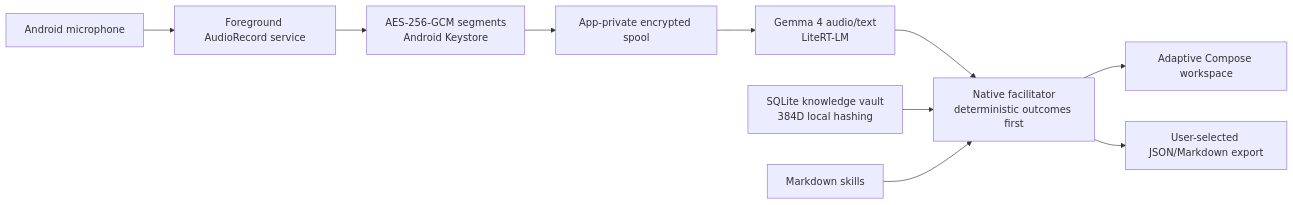
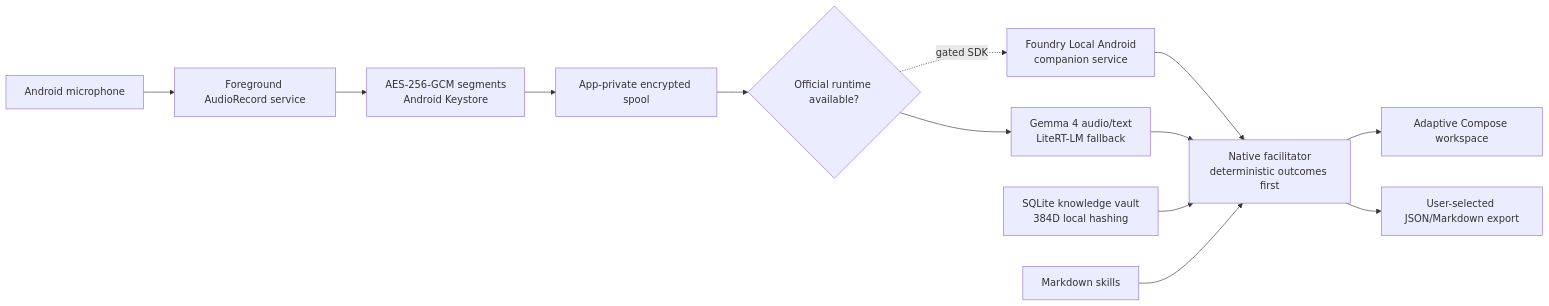
Before and after one commit to ITSpecialist111/Offline-Neural-Facilitator-ONF-Foundry-Local---Poc: the second of 2 diagrams in README.md, drawn with Mermaid. The commit also changed other lines of this file and 9 other files, not shown here.

Commit message:
feat(android): detect Foundry Local preview

````diff
--- a/README.md
+++ b/README.md
@@ -238,12 +242,15 @@
 ```mermaid
 flowchart LR
   MIC[Android microphone] --> CAPTURE[Foreground AudioRecord service]
   CAPTURE --> CRYPTO[AES-256-GCM segments\nAndroid Keystore]
   CRYPTO --> PRIVATE[App-private encrypted spool]
-  PRIVATE --> GEMMA[Gemma 4 audio/text\nLiteRT-LM]
-  GEMMA --> ORCH[Native facilitator\ndeterministic outcomes first]
+  PRIVATE --> RUNTIME{Official runtime available?}
+  RUNTIME -. gated SDK .-> FOUNDRY[Foundry Local Android\ncompanion service]
+  RUNTIME --> GEMMA[Gemma 4 audio/text\nLiteRT-LM fallback]
+  FOUNDRY --> ORCH[Native facilitator\ndeterministic outcomes first]
+  GEMMA --> ORCH
   KNOWLEDGE[SQLite knowledge vault\n384D local hashing] --> ORCH
   SKILLS[Markdown skills] --> ORCH
   ORCH --> UI[Adaptive Compose workspace]
   ORCH --> EXPORT[User-selected JSON/Markdown export]
 ```
````
